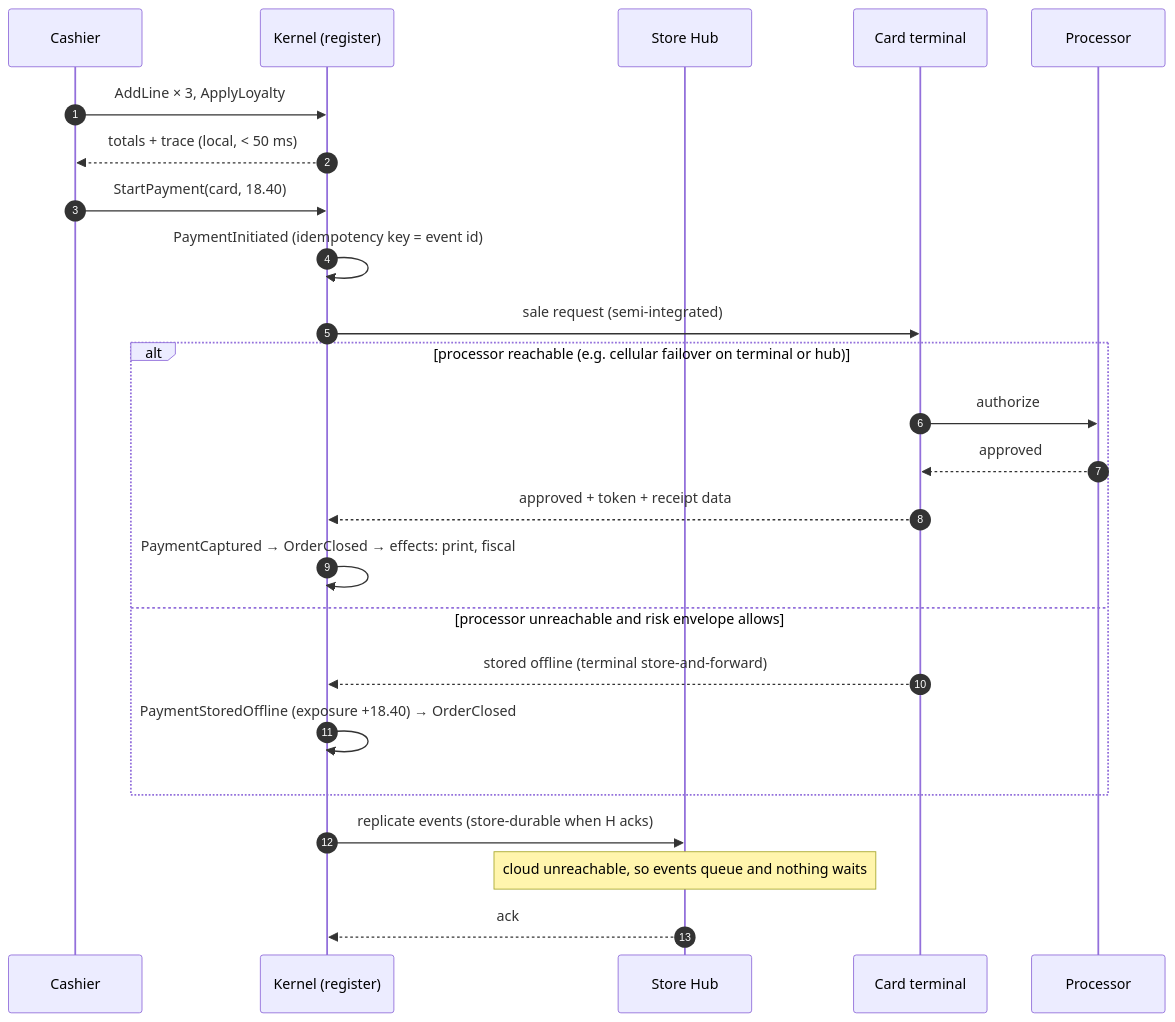
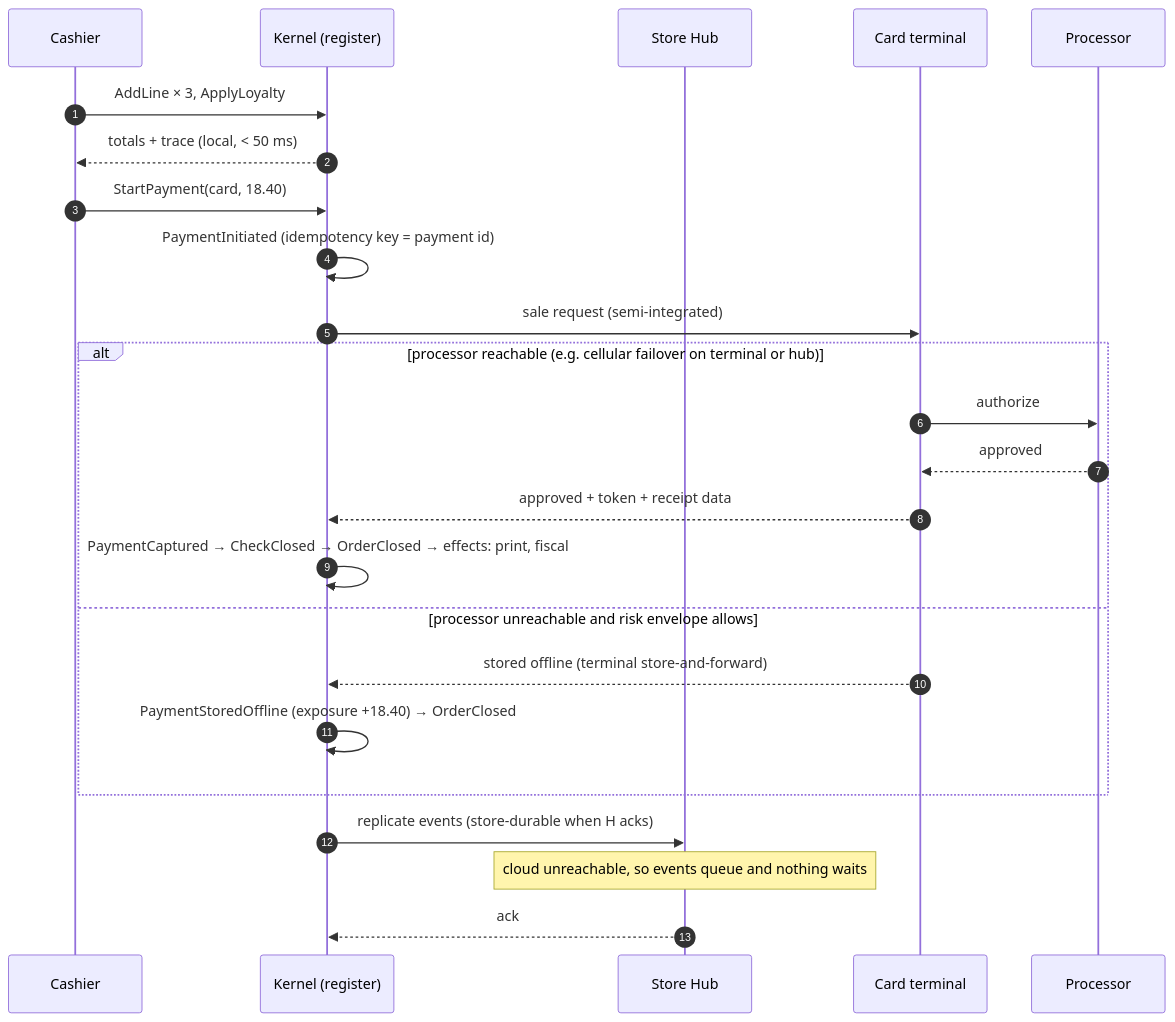
Before and after one commit to programminglab717/POS-system: the fourth of 7 diagrams in docs/architecture/README.md, drawn with Mermaid. The commit also changed other lines of this file and 33 other files, not shown here.

````diff
--- a/docs/architecture/README.md
+++ b/docs/architecture/README.md
@@ -254,26 +254,26 @@
 ```mermaid
 sequenceDiagram
   autonumber
   participant S as Cashier
   participant K as Kernel (register)
   participant H as Store Hub
   participant T as Card terminal
   participant P as Processor
   S->>K: AddLine × 3, ApplyLoyalty
   K-->>S: totals + trace (local, < 50 ms)
   S->>K: StartPayment(card, 18.40)
-  K->>K: PaymentInitiated (idempotency key = event id)
+  K->>K: PaymentInitiated (idempotency key = payment id)
   K->>T: sale request (semi-integrated)
   alt processor reachable (e.g. cellular failover on terminal or hub)
     T->>P: authorize
     P-->>T: approved
     T-->>K: approved + token + receipt data
-    K->>K: PaymentCaptured → OrderClosed → effects: print, fiscal
+    K->>K: PaymentCaptured → CheckClosed → OrderClosed → effects: print, fiscal
   else processor unreachable and risk envelope allows
     T-->>K: stored offline (terminal store-and-forward)
     K->>K: PaymentStoredOffline (exposure +18.40) → OrderClosed
   end
   K->>H: replicate events (store-durable when H acks)
   Note over H: cloud unreachable, so events queue and nothing waits
   H-->>K: ack
 ```
````
